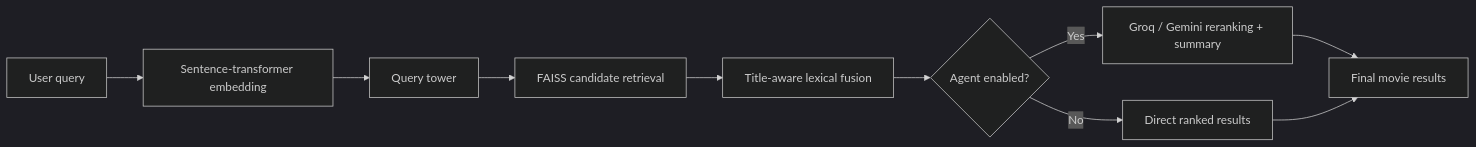
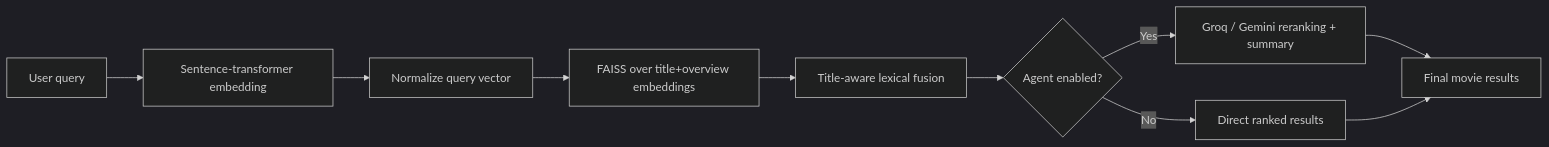
Before and after one commit to maxwellyin/cineseek-semantic-search: the diagram in readme.md, drawn with Mermaid (dark theme). The commit also changed other lines of this file and 14 other files, not shown here.

````diff
--- a/readme.md
+++ b/readme.md
@@ -68,12 +68,12 @@
 ```mermaid
 flowchart LR
   user["User query"] --> embed["Sentence-transformer embedding"]
-  embed --> queryTower["Query tower"]
-  queryTower --> faiss["FAISS candidate retrieval"]
+  embed --> normalize["Normalize query vector"]
+  normalize --> faiss["FAISS over title+overview embeddings"]
   faiss --> lexical["Title-aware lexical fusion"]
   lexical --> agent{"Agent enabled?"}
   agent -- "No" --> direct["Direct ranked results"]
   agent -- "Yes" --> llm["Groq / Gemini reranking + summary"]
   llm --> final["Final movie results"]
   direct --> final
 ```
````
